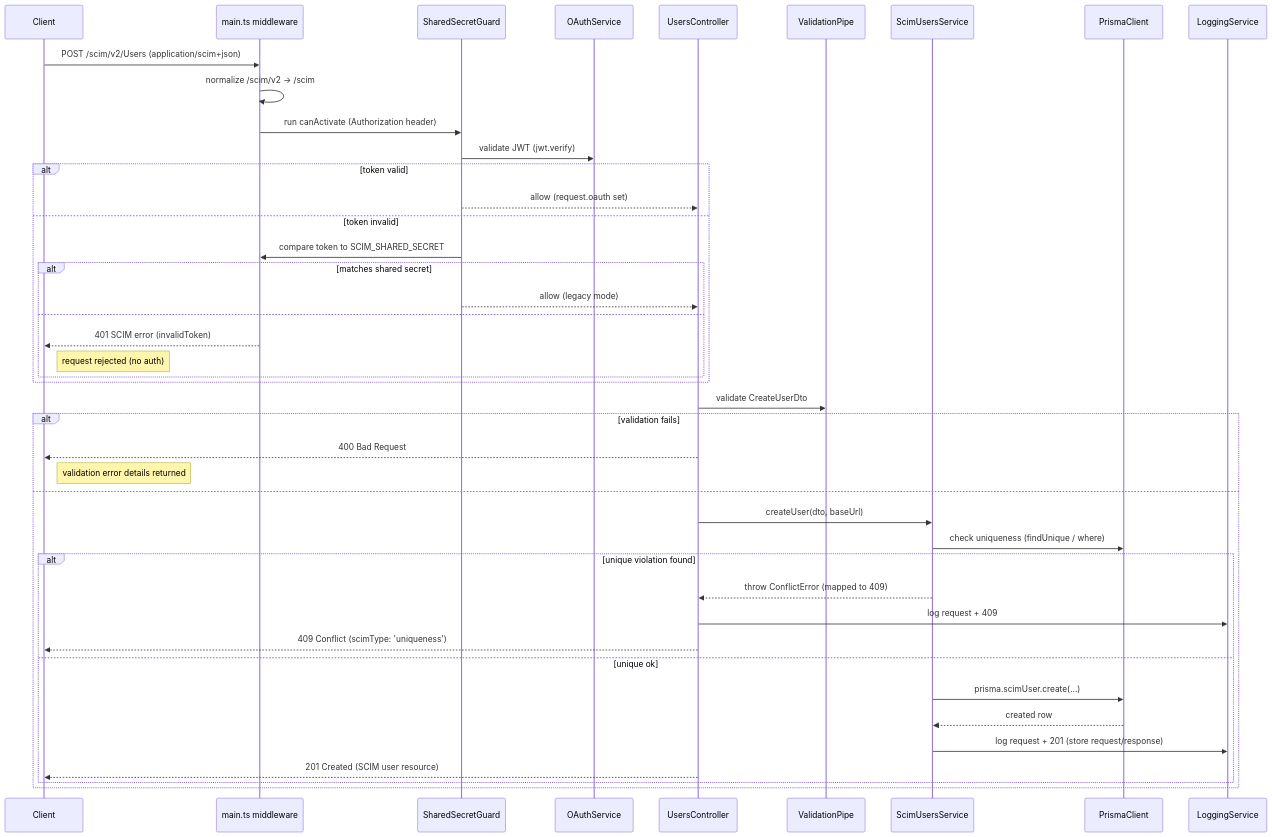
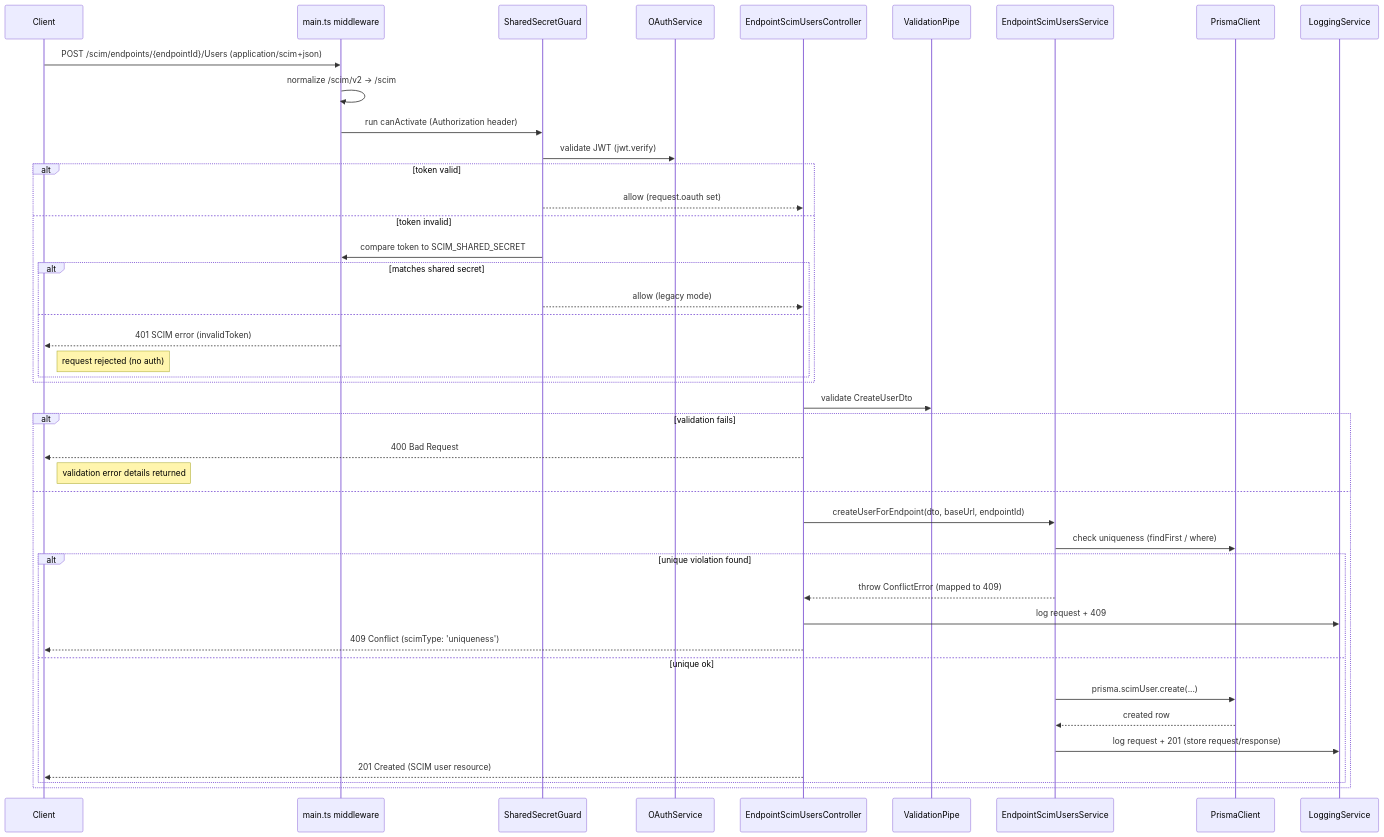
One commit to pranems/SCIMServer changed the diagram in docs/create-user-sequence.mmd. Above: the diagram before and after it, drawn with Mermaid. The commit also changed 64 other files, not shown here.

```diff
--- a/docs/create-user-sequence.mmd
+++ b/docs/create-user-sequence.mmd
@@ -1,44 +1,44 @@
 sequenceDiagram
   participant Client
   participant WebServer as main.ts middleware
   participant Guard as SharedSecretGuard
   participant OAuthSvc as OAuthService
-  participant Controller as UsersController
+  participant Controller as EndpointScimUsersController
   participant Validator as ValidationPipe
-  participant Service as ScimUsersService
+  participant Service as EndpointScimUsersService
   participant PrismaClient
   participant Logger as LoggingService
 
-  Client->>WebServer: POST /scim/v2/Users (application/scim+json)
+  Client->>WebServer: POST /scim/endpoints/{endpointId}/Users (application/scim+json)
   WebServer->>WebServer: normalize /scim/v2 -> /scim
   WebServer->>Guard: run canActivate (Authorization header)
   Guard->>OAuthSvc: validate JWT (jwt.verify)
   alt token valid
     Guard-->>Controller: allow (request.oauth set)
   else token invalid
     Guard->>WebServer: compare token to SCIM_SHARED_SECRET
     alt matches shared secret
       Guard-->>Controller: allow (legacy mode)
     else
       WebServer-->>Client: 401 SCIM error (invalidToken)
       Note right of Client: request rejected (no auth)
     end
   end
   Controller->>Validator: validate CreateUserDto
   alt validation fails
     Controller-->>Client: 400 Bad Request
     Note right of Client: validation error details returned
   else
-    Controller->>Service: createUser(dto, baseUrl)
-    Service->>PrismaClient: check uniqueness (findUnique / where)
+    Controller->>Service: createUserForEndpoint(dto, baseUrl, endpointId)
+    Service->>PrismaClient: check uniqueness (findFirst / where)
     alt unique violation found
       Service-->>Controller: throw ConflictError (mapped to 409)
       Controller->>Logger: log request + 409
       Controller-->>Client: 409 Conflict (scimType: 'uniqueness')
     else unique ok
       Service->>PrismaClient: prisma.scimUser.create(...)
       PrismaClient-->>Service: created row
       Service->>Logger: log request + 201 (store request/response)
       Controller-->>Client: 201 Created (SCIM user resource)
     end
   end
```
